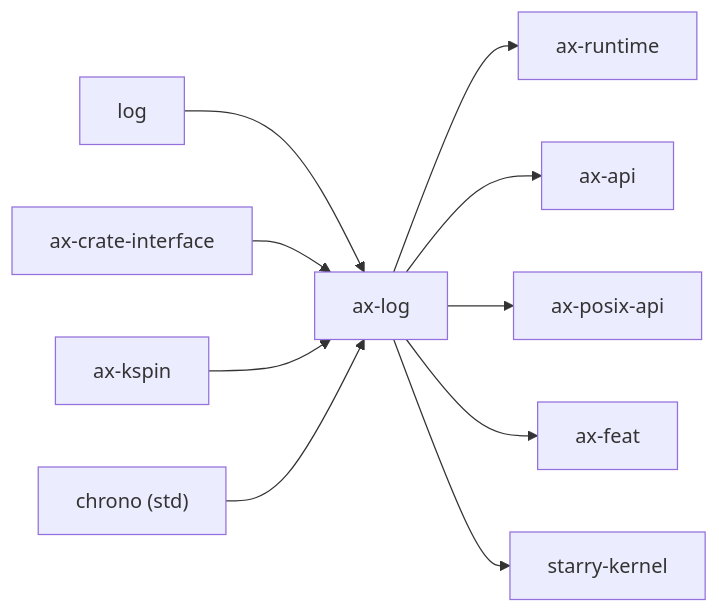
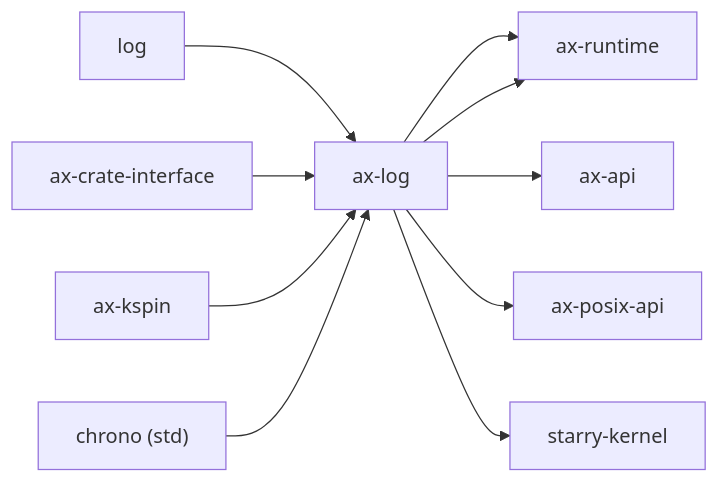
Before and after one commit to rcore-os/tgoskits: the second of 2 diagrams in docs/docs/components/crates/ax-log.md, drawn with Mermaid. The commit also changed 189 other files, not shown here.

````diff
--- a/docs/docs/components/crates/ax-log.md
+++ b/docs/docs/components/crates/ax-log.md
@@ -78,13 +78,13 @@
 ```mermaid
 graph LR
     log["log"] --> ax-log["ax-log"]
     ax_crate_interface["ax-crate-interface"] --> ax-log
     ax_kspin["ax-kspin"] --> ax-log
     chrono["chrono (std)"] --> ax-log
 
     ax-log --> ax-runtime["ax-runtime"]
     ax-log --> ax-api["ax-api"]
     ax-log --> arceos_posix["ax-posix-api"]
-    ax-log --> ax-feat["ax-feat"]
+    ax-log --> ax-runtime["ax-runtime"]
     ax-log --> starry_kernel["starry-kernel"]
 ```
````
